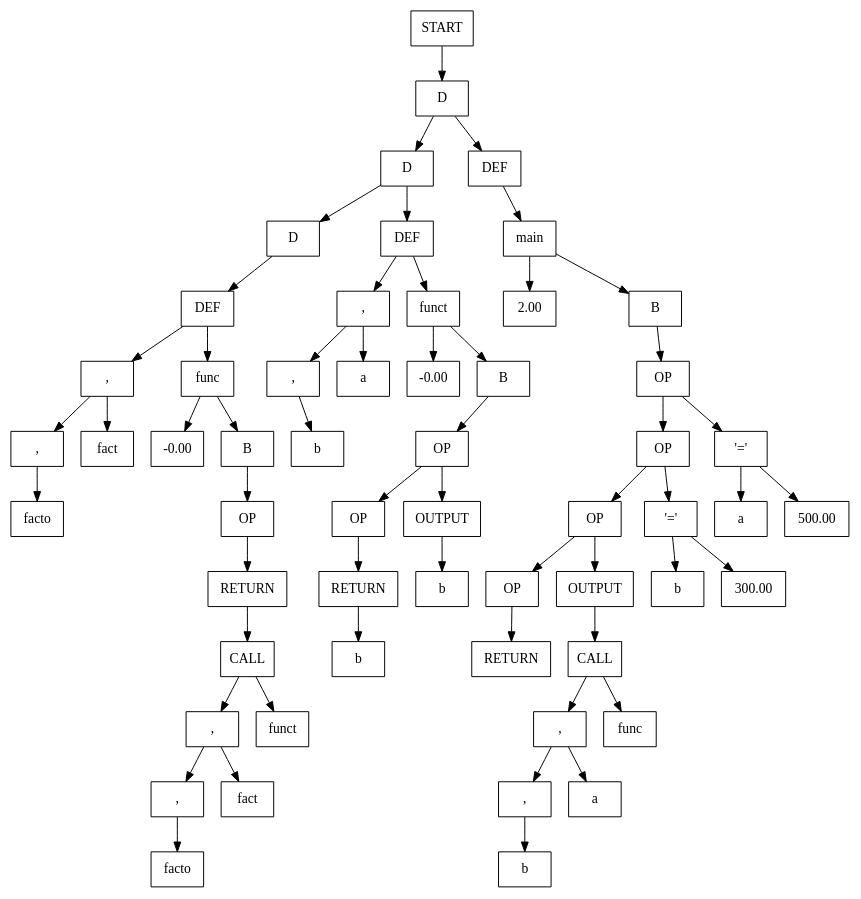
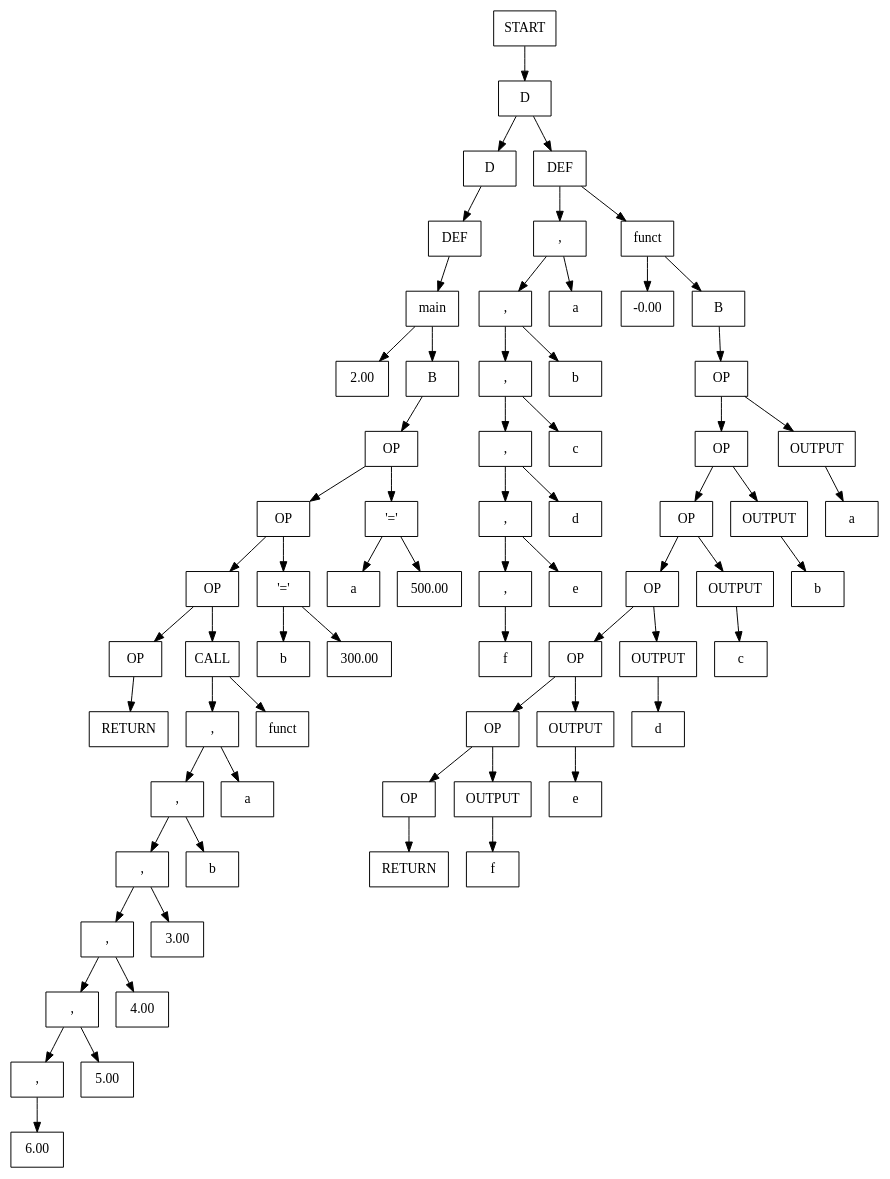
The diagram in resources/output.dot (AnastasMIPT/Language), drawn with Graphviz before and after one commit. The commit also changed 2 other files, not shown here.

Commit message:
Call is working

```diff
--- a/resources/output.dot
+++ b/resources/output.dot
@@ -1,113 +1,137 @@
 digraph {
-node0x55e213b0bc50 [label="START", shape=box];
-node0x55e213b0d760 [label="D", shape=box];
-node0x55e213b0bc50 -> node0x55e213b0d760
-node0x55e213b0db80 [label="D", shape=box];
-node0x55e213b0bcc0 [label="DEF", shape=box];
-node0x55e213b0d760 -> node0x55e213b0db80
-node0x55e213b0d760 -> node0x55e213b0bcc0
-node0x55e213b0bd30 [label="main", shape=box];
-node0x55e213b0bcc0 -> node0x55e213b0bd30
-node0x55e213b0db50 [label="2.00", shape=box];
-node0x55e213b0d7d0 [label="B", shape=box];
-node0x55e213b0bd30 -> node0x55e213b0db50
-node0x55e213b0bd30 -> node0x55e213b0d7d0
-node0x55e213b0d840 [label="OP", shape=box];
-node0x55e213b0d7d0 -> node0x55e213b0d840
-node0x55e213b0d8b0 [label="OP", shape=box];
-node0x55e213b0bfd0 [label="'='", shape=box];
-node0x55e213b0d840 -> node0x55e213b0d8b0
-node0x55e213b0d840 -> node0x55e213b0bfd0
-node0x55e213b0bf60 [label="a", shape=box];
-node0x55e213b0c040 [label="500.00", shape=box];
-node0x55e213b0bfd0 -> node0x55e213b0bf60
-node0x55e213b0bfd0 -> node0x55e213b0c040
-node0x55e213b0d920 [label="OP", shape=box];
-node0x55e213b0c150 [label="'='", shape=box];
-node0x55e213b0d8b0 -> node0x55e213b0d920
-node0x55e213b0d8b0 -> node0x55e213b0c150
-node0x55e213b0c0e0 [label="b", shape=box];
-node0x55e213b0c1c0 [label="300.00", shape=box];
-node0x55e213b0c150 -> node0x55e213b0c0e0
-node0x55e213b0c150 -> node0x55e213b0c1c0
-node0x55e213b0dae0 [label="OP", shape=box];
-node0x55e213b0c260 [label="OUTPUT", shape=box];
-node0x55e213b0d920 -> node0x55e213b0dae0
-node0x55e213b0d920 -> node0x55e213b0c260
-node0x55e213b0d990 [label="CALL", shape=box];
-node0x55e213b0c260 -> node0x55e213b0d990
-node0x55e213b0da00 [label=",", shape=box];
-node0x55e213b0c340 [label="func", shape=box];
-node0x55e213b0d990 -> node0x55e213b0da00
-node0x55e213b0d990 -> node0x55e213b0c340
-node0x55e213b0da70 [label=",", shape=box];
-node0x55e213b0c420 [label="a", shape=box];
-node0x55e213b0da00 -> node0x55e213b0da70
-node0x55e213b0da00 -> node0x55e213b0c420
-node0x55e213b0c500 [label="b", shape=box];
-node0x55e213b0da70 -> node0x55e213b0c500
-node0x55e213b0c650 [label="RETURN", shape=box];
-node0x55e213b0dae0 -> node0x55e213b0c650
-node0x55e213b0de50 [label="D", shape=box];
-node0x55e213b0c7a0 [label="DEF", shape=box];
-node0x55e213b0db80 -> node0x55e213b0de50
-node0x55e213b0db80 -> node0x55e213b0c7a0
-node0x55e213b0dbf0 [label=",", shape=box];
-node0x55e213b0c810 [label="funct", shape=box];
-node0x55e213b0c7a0 -> node0x55e213b0dbf0
-node0x55e213b0c7a0 -> node0x55e213b0c810
-node0x55e213b0de20 [label="-0.00", shape=box];
-node0x55e213b0dcd0 [label="B", shape=box];
-node0x55e213b0c810 -> node0x55e213b0de20
-node0x55e213b0c810 -> node0x55e213b0dcd0
-node0x55e213b0dd40 [label="OP", shape=box];
-node0x55e213b0dcd0 -> node0x55e213b0dd40
-node0x55e213b0ddb0 [label="OP", shape=box];
-node0x55e213b0cb90 [label="OUTPUT", shape=box];
-node0x55e213b0dd40 -> node0x55e213b0ddb0
-node0x55e213b0dd40 -> node0x55e213b0cb90
-node0x55e213b0cc70 [label="b", shape=box];
-node0x55e213b0cb90 -> node0x55e213b0cc70
-node0x55e213b0cd50 [label="RETURN", shape=box];
-node0x55e213b0ddb0 -> node0x55e213b0cd50
-node0x55e213b0cdc0 [label="b", shape=box];
-node0x55e213b0cd50 -> node0x55e213b0cdc0
-node0x55e213b0dc60 [label=",", shape=box];
-node0x55e213b0c8f0 [label="a", shape=box];
-node0x55e213b0dbf0 -> node0x55e213b0dc60
-node0x55e213b0dbf0 -> node0x55e213b0c8f0
-node0x55e213b0c9d0 [label="b", shape=box];
-node0x55e213b0dc60 -> node0x55e213b0c9d0
-node0x55e213b0cf10 [label="DEF", shape=box];
-node0x55e213b0de50 -> node0x55e213b0cf10
-node0x55e213b0dec0 [label=",", shape=box];
-node0x55e213b0cf80 [label="func", shape=box];
-node0x55e213b0cf10 -> node0x55e213b0dec0
-node0x55e213b0cf10 -> node0x55e213b0cf80
-node0x55e213b0e1d0 [label="-0.00", shape=box];
-node0x55e213b0dfa0 [label="B", shape=box];
-node0x55e213b0cf80 -> node0x55e213b0e1d0
-node0x55e213b0cf80 -> node0x55e213b0dfa0
-node0x55e213b0e010 [label="OP", shape=box];
-node0x55e213b0dfa0 -> node0x55e213b0e010
-node0x55e213b0d300 [label="RETURN", shape=box];
-node0x55e213b0e010 -> node0x55e213b0d300
-node0x55e213b0e080 [label="CALL", shape=box];
-node0x55e213b0d300 -> node0x55e213b0e080
-node0x55e213b0e0f0 [label=",", shape=box];
-node0x55e213b0d370 [label="funct", shape=box];
-node0x55e213b0e080 -> node0x55e213b0e0f0
-node0x55e213b0e080 -> node0x55e213b0d370
-node0x55e213b0e160 [label=",", shape=box];
-node0x55e213b0d450 [label="fact", shape=box];
-node0x55e213b0e0f0 -> node0x55e213b0e160
-node0x55e213b0e0f0 -> node0x55e213b0d450
-node0x55e213b0d530 [label="facto", shape=box];
-node0x55e213b0e160 -> node0x55e213b0d530
-node0x55e213b0df30 [label=",", shape=box];
-node0x55e213b0d060 [label="fact", shape=box];
-node0x55e213b0dec0 -> node0x55e213b0df30
-node0x55e213b0dec0 -> node0x55e213b0d060
-node0x55e213b0d140 [label="facto", shape=box];
-node0x55e213b0df30 -> node0x55e213b0d140
+node0x5601a58edc50 [label="START", shape=box];
+node0x5601a58efc80 [label="D", shape=box];
+node0x5601a58edc50 -> node0x5601a58efc80
+node0x5601a58f0340 [label="D", shape=box];
+node0x5601a58edcc0 [label="DEF", shape=box];
+node0x5601a58efc80 -> node0x5601a58f0340
+node0x5601a58efc80 -> node0x5601a58edcc0
+node0x5601a58efcf0 [label=",", shape=box];
+node0x5601a58edd30 [label="funct", shape=box];
+node0x5601a58edcc0 -> node0x5601a58efcf0
+node0x5601a58edcc0 -> node0x5601a58edd30
+node0x5601a58f0310 [label="-0.00", shape=box];
+node0x5601a58eff90 [label="B", shape=box];
+node0x5601a58edd30 -> node0x5601a58f0310
+node0x5601a58edd30 -> node0x5601a58eff90
+node0x5601a58f0000 [label="OP", shape=box];
+node0x5601a58eff90 -> node0x5601a58f0000
+node0x5601a58f0070 [label="OP", shape=box];
+node0x5601a58ee430 [label="OUTPUT", shape=box];
+node0x5601a58f0000 -> node0x5601a58f0070
+node0x5601a58f0000 -> node0x5601a58ee430
+node0x5601a58ee510 [label="a", shape=box];
+node0x5601a58ee430 -> node0x5601a58ee510
+node0x5601a58f00e0 [label="OP", shape=box];
+node0x5601a58ee5f0 [label="OUTPUT", shape=box];
+node0x5601a58f0070 -> node0x5601a58f00e0
+node0x5601a58f0070 -> node0x5601a58ee5f0
+node0x5601a58ee6d0 [label="b", shape=box];
+node0x5601a58ee5f0 -> node0x5601a58ee6d0
+node0x5601a58f0150 [label="OP", shape=box];
+node0x5601a58ee7b0 [label="OUTPUT", shape=box];
+node0x5601a58f00e0 -> node0x5601a58f0150
+node0x5601a58f00e0 -> node0x5601a58ee7b0
+node0x5601a58ee890 [label="c", shape=box];
+node0x5601a58ee7b0 -> node0x5601a58ee890
+node0x5601a58f01c0 [label="OP", shape=box];
+node0x5601a58ee970 [label="OUTPUT", shape=box];
+node0x5601a58f0150 -> node0x5601a58f01c0
+node0x5601a58f0150 -> node0x5601a58ee970
+node0x5601a58eea50 [label="d", shape=box];
+node0x5601a58ee970 -> node0x5601a58eea50
+node0x5601a58f0230 [label="OP", shape=box];
+node0x5601a58eeb30 [label="OUTPUT", shape=box];
+node0x5601a58f01c0 -> node0x5601a58f0230
+node0x5601a58f01c0 -> node0x5601a58eeb30
+node0x5601a58eec10 [label="e", shape=box];
+node0x5601a58eeb30 -> node0x5601a58eec10
+node0x5601a58f02a0 [label="OP", shape=box];
+node0x5601a58eecf0 [label="OUTPUT", shape=box];
+node0x5601a58f0230 -> node0x5601a58f02a0
+node0x5601a58f0230 -> node0x5601a58eecf0
+node0x5601a58eedd0 [label="f", shape=box];
+node0x5601a58eecf0 -> node0x5601a58eedd0
+node0x5601a58eeeb0 [label="RETURN", shape=box];
+node0x5601a58f02a0 -> node0x5601a58eeeb0
+node0x5601a58efd60 [label=",", shape=box];
+node0x5601a58ede10 [label="a", shape=box];
+node0x5601a58efcf0 -> node0x5601a58efd60
+node0x5601a58efcf0 -> node0x5601a58ede10
+node0x5601a58efdd0 [label=",", shape=box];
+node0x5601a58edef0 [label="b", shape=box];
+node0x5601a58efd60 -> node0x5601a58efdd0
+node0x5601a58efd60 -> node0x5601a58edef0
+node0x5601a58efe40 [label=",", shape=box];
+node0x5601a58edfd0 [label="c", shape=box];
+node0x5601a58efdd0 -> node0x5601a58efe40
+node0x5601a58efdd0 -> node0x5601a58edfd0
+node0x5601a58efeb0 [label=",", shape=box];
+node0x5601a58ee0b0 [label="d", shape=box];
+node0x5601a58efe40 -> node0x5601a58efeb0
+node0x5601a58efe40 -> node0x5601a58ee0b0
+node0x5601a58eff20 [label=",", shape=box];
+node0x5601a58ee190 [label="e", shape=box];
+node0x5601a58efeb0 -> node0x5601a58eff20
+node0x5601a58efeb0 -> node0x5601a58ee190
+node0x5601a58ee270 [label="f", shape=box];
+node0x5601a58eff20 -> node0x5601a58ee270
+node0x5601a58ef000 [label="DEF", shape=box];
+node0x5601a58f0340 -> node0x5601a58ef000
+node0x5601a58ef070 [label="main", shape=box];
+node0x5601a58ef000 -> node0x5601a58ef070
+node0x5601a58f08f0 [label="2.00", shape=box];
+node0x5601a58f03b0 [label="B", shape=box];
+node0x5601a58ef070 -> node0x5601a58f08f0
+node0x5601a58ef070 -> node0x5601a58f03b0
+node0x5601a58f0420 [label="OP", shape=box];
+node0x5601a58f03b0 -> node0x5601a58f0420
+node0x5601a58f0490 [label="OP", shape=box];
+node0x5601a58ef310 [label="'='", shape=box];
+node0x5601a58f0420 -> node0x5601a58f0490
+node0x5601a58f0420 -> node0x5601a58ef310
+node0x5601a58ef2a0 [label="a", shape=box];
+node0x5601a58ef380 [label="500.00", shape=box];
+node0x5601a58ef310 -> node0x5601a58ef2a0
+node0x5601a58ef310 -> node0x5601a58ef380
+node0x5601a58f0500 [label="OP", shape=box];
+node0x5601a58ef490 [label="'='", shape=box];
+node0x5601a58f0490 -> node0x5601a58f0500
+node0x5601a58f0490 -> node0x5601a58ef490
+node0x5601a58ef420 [label="b", shape=box];
+node0x5601a58ef500 [label="300.00", shape=box];
+node0x5601a58ef490 -> node0x5601a58ef420
+node0x5601a58ef490 -> node0x5601a58ef500
+node0x5601a58f0880 [label="OP", shape=box];
+node0x5601a58f0570 [label="CALL", shape=box];
+node0x5601a58f0500 -> node0x5601a58f0880
+node0x5601a58f0500 -> node0x5601a58f0570
+node0x5601a58f05e0 [label=",", shape=box];
+node0x5601a58ef5a0 [label="funct", shape=box];
+node0x5601a58f0570 -> node0x5601a58f05e0
+node0x5601a58f0570 -> node0x5601a58ef5a0
+node0x5601a58f0650 [label=",", shape=box];
+node0x5601a58ef680 [label="a", shape=box];
+node0x5601a58f05e0 -> node0x5601a58f0650
+node0x5601a58f05e0 -> node0x5601a58ef680
+node0x5601a58f06c0 [label=",", shape=box];
+node0x5601a58ef760 [label="b", shape=box];
+node0x5601a58f0650 -> node0x5601a58f06c0
+node0x5601a58f0650 -> node0x5601a58ef760
+node0x5601a58f0730 [label=",", shape=box];
+node0x5601a58ef840 [label="3.00", shape=box];
+node0x5601a58f06c0 -> node0x5601a58f0730
+node0x5601a58f06c0 -> node0x5601a58ef840
+node0x5601a58f07a0 [label=",", shape=box];
+node0x5601a58ef8e0 [label="4.00", shape=box];
+node0x5601a58f0730 -> node0x5601a58f07a0
+node0x5601a58f0730 -> node0x5601a58ef8e0
+node0x5601a58f0810 [label=",", shape=box];
+node0x5601a58ef980 [label="5.00", shape=box];
+node0x5601a58f07a0 -> node0x5601a58f0810
+node0x5601a58f07a0 -> node0x5601a58ef980
+node0x5601a58efa20 [label="6.00", shape=box];
+node0x5601a58f0810 -> node0x5601a58efa20
+node0x5601a58efac0 [label="RETURN", shape=box];
+node0x5601a58f0880 -> node0x5601a58efac0
 }
```
